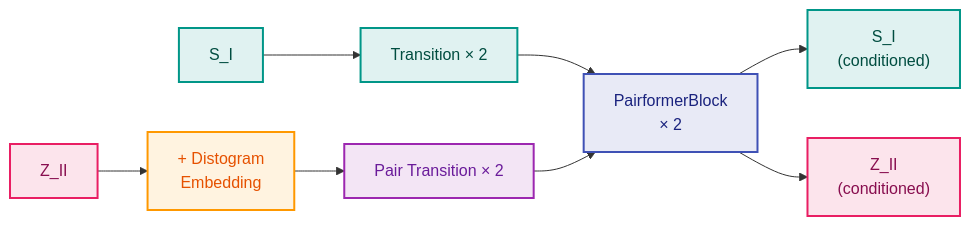
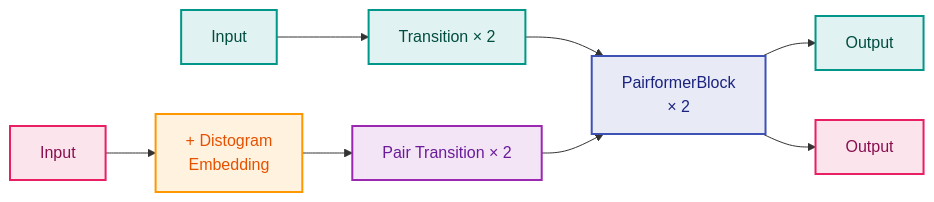
The sixth of 11 diagrams in models/rfd3/RFD3_architecture_mermaid.md (RTae/foundry), drawn with Mermaid before and after one commit. The commit also changed other lines of this file, not shown here.

Commit message:
refactor: update RFD3 architecture documentation with clearer input/output terminology in flowcharts

````diff
--- a/models/rfd3/RFD3_architecture_mermaid.md
+++ b/models/rfd3/RFD3_architecture_mermaid.md
@@ -317,16 +317,16 @@
 ```mermaid
 flowchart LR
-    SI_IN["S_I"] --> T1["Transition × 2"] --> MIX
-    ZII_IN["Z_II"] --> DIST["+ Distogram\nEmbedding"] --> T2["Pair Transition × 2"] --> MIX["PairformerBlock\n× 2"]
-    MIX --> SI_OUT["S_I\n(conditioned)"]
-    MIX --> ZII_OUT["Z_II\n(conditioned)"]
+    SI_IN["Input"] --> T1["Transition × 2"] --> MIX
+    ZII_IN["Input"] --> DIST["+ Distogram\nEmbedding"] --> T2["Pair Transition × 2"] --> MIX["PairformerBlock\n× 2"]
+    MIX --> SI_OUT["Output"]
+    MIX --> ZII_OUT["Output"]
 
     style SI_IN fill:#e0f2f1,stroke:#009688,stroke-width:2px,color:#004D40
     style T1 fill:#e0f2f1,stroke:#009688,stroke-width:2px,color:#004D40
     style ZII_IN fill:#fce4ec,stroke:#E91E63,stroke-width:2px,color:#880E4F
     style DIST fill:#fff3e0,stroke:#FF9800,stroke-width:2px,color:#E65100
     style T2 fill:#f3e5f5,stroke:#9C27B0,stroke-width:2px,color:#6A1B9A
     style MIX fill:#e8eaf6,stroke:#3F51B5,stroke-width:2px,color:#1A237E
     style SI_OUT fill:#e0f2f1,stroke:#009688,stroke-width:2px,color:#004D40
     style ZII_OUT fill:#fce4ec,stroke:#E91E63,stroke-width:2px,color:#880E4F
 ```
````
